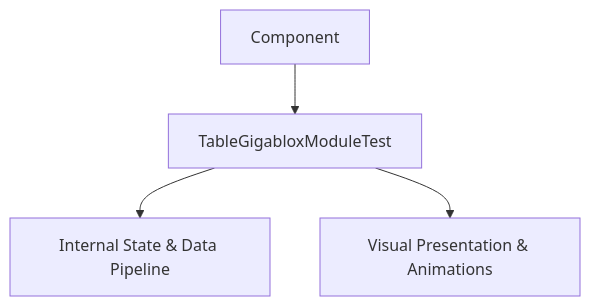
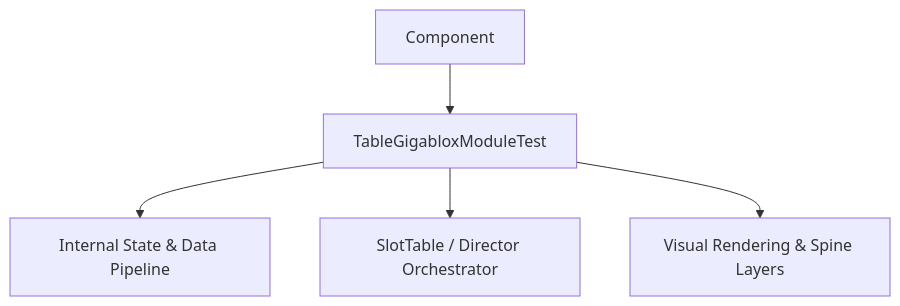
The diagram in docs/cc_slot_mechanics/modules/TableGigabloxModuleTest/01_overview/01_architecture_and_role.md (lam-ark/mcp-fwcc), drawn with Mermaid before and after one commit. The commit also changed other lines of this file and 2509 other files, not shown here.

````diff
--- a/docs/cc_slot_mechanics/modules/TableGigabloxModuleTest/01_overview/01_architecture_and_role.md
+++ b/docs/cc_slot_mechanics/modules/TableGigabloxModuleTest/01_overview/01_architecture_and_role.md
@@ -18,6 +24,7 @@
 ```mermaid
 graph TD
-    Parent[Component] --> Mod[TableGigabloxModuleTest]
-    Mod --> State[Internal State & Data Pipeline]
-    Mod --> Render[Visual Presentation & Animations]
+    SuperClass[Component] --> TargetClass[TableGigabloxModuleTest]
+    TargetClass --> DataPipeline[Internal State & Data Pipeline]
+    TargetClass --> Orchestrator[SlotTable / Director Orchestrator]
+    TargetClass --> ViewLayer[Visual Rendering & Spine Layers]
 ```
````
